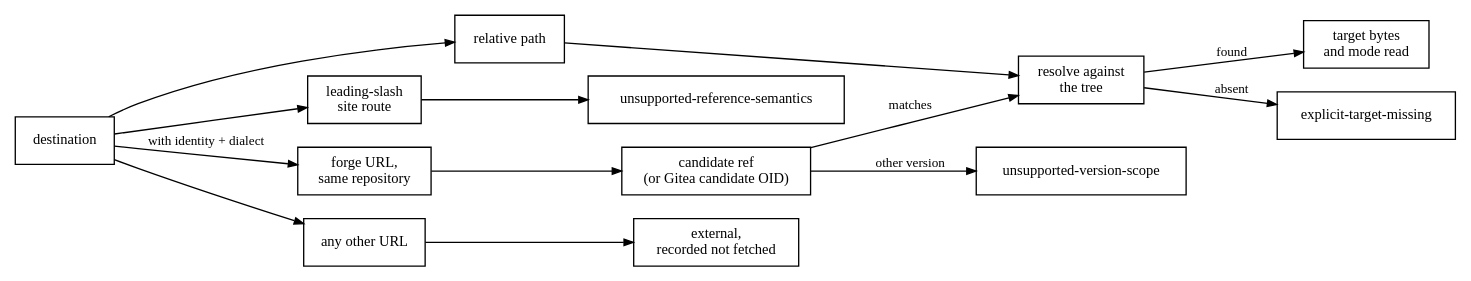
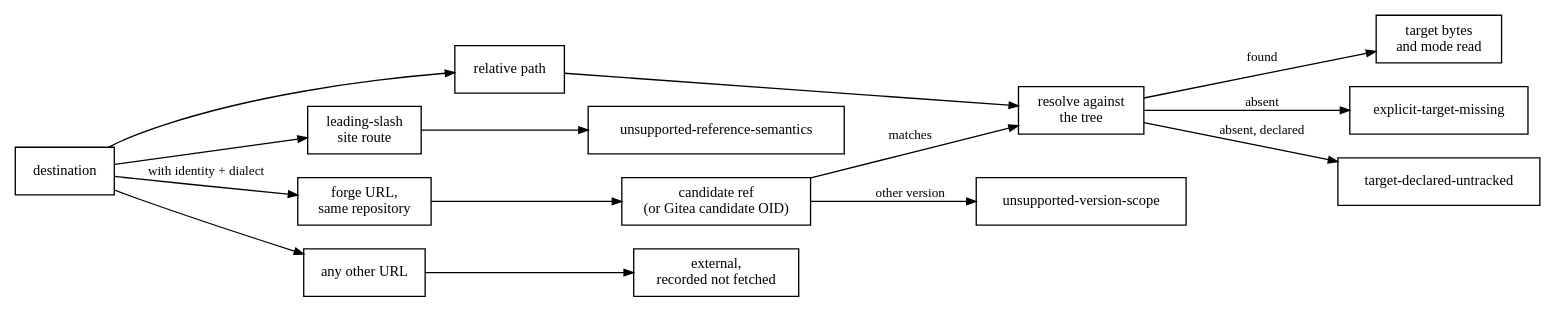
The diagram in docs/src/resolution.md (HardMax71/amiss), drawn with Graphviz before and after one commit. The commit also changed other lines of this file and 21 other files, not shown here.

````diff
--- a/docs/src/resolution.md
+++ b/docs/src/resolution.md
@@ -61,29 +61,31 @@
 ```dot process
 digraph resolve {
   rankdir = LR;
   node [shape = box, fontname = "Latin Modern, Georgia, serif", fontsize = 11];
   edge [fontname = "Latin Modern, Georgia, serif", fontsize = 10, arrowsize = 0.7];
   dest  [label = "destination"];
   rel   [label = "relative path"];
   route [label = "leading-slash
 site route"];
   forge [label = "forge URL,
 same repository"];
   scope [label = "candidate ref
 (or Gitea candidate OID)"];
   other [label = "any other URL"];
   tree  [label = "resolve against
 the tree"];
   ext   [label = "external,
 recorded not fetched"];
   vers  [label = "unsupported-version-scope"];
   unsup [label = "unsupported-reference-semantics"];
   hit   [label = "target bytes
 and mode read"];
   miss  [label = "explicit-target-missing"];
+  decl  [label = "target-declared-untracked"];
   dest -> rel; dest -> forge [label = "with identity + dialect"]; dest -> route; dest -> other;
   rel -> tree; forge -> scope; scope -> tree [label = "matches"];
   scope -> vers [label = "other version"]; route -> unsup; other -> ext;
-  tree -> hit [label = "found"]; tree -> miss [label = "absent"];
+  tree -> hit [label = "found"]; tree -> decl [label = "absent, declared"];
+  tree -> miss [label = "absent"];
 }
 ```
````
